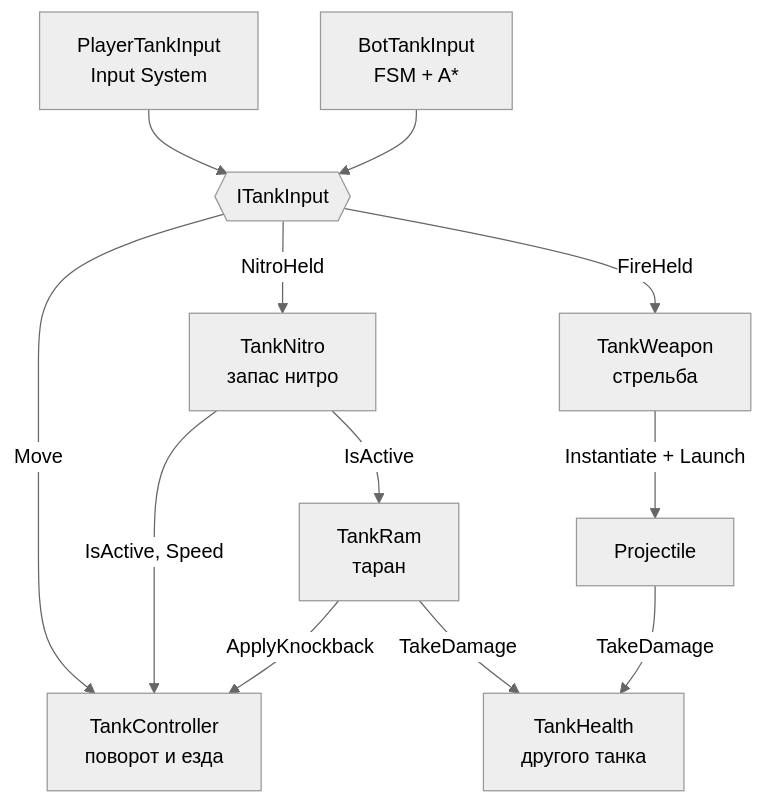
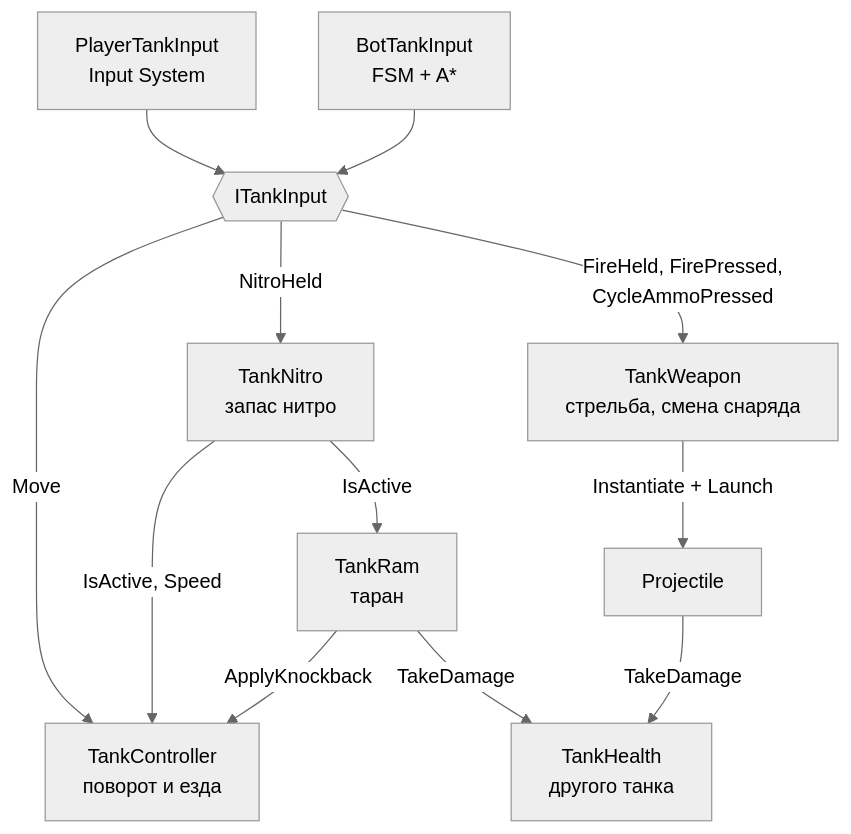
One commit to niikage7/burmalda-gamejam changed the first of 4 diagrams in Documentation/articles/architecture.md. Above: the diagram before and after it, drawn with Mermaid (neutral theme). The commit also changed other lines of this file and 33 other files, not shown here.

````diff
--- a/Documentation/articles/architecture.md
+++ b/Documentation/articles/architecture.md
@@ -32,15 +40,15 @@
 ```mermaid
 flowchart TD
     P[PlayerTankInput<br/>Input System] --> I
     B[BotTankInput<br/>FSM + A*] --> I
     I{{ITankInput}}
     I -- Move --> C[TankController<br/>поворот и езда]
     I -- NitroHeld --> N[TankNitro<br/>запас нитро]
-    I -- FireHeld --> W[TankWeapon<br/>стрельба]
+    I -- "FireHeld, FirePressed,<br/>CycleAmmoPressed" --> W[TankWeapon<br/>стрельба, смена снаряда]
     N -- "IsActive, Speed" --> C
     N -- IsActive --> R[TankRam<br/>таран]
     R -- ApplyKnockback --> C
     W -- "Instantiate + Launch" --> PR[Projectile]
     PR -- TakeDamage --> H[TankHealth<br/>другого танка]
     R -- TakeDamage --> H
 ```
````
